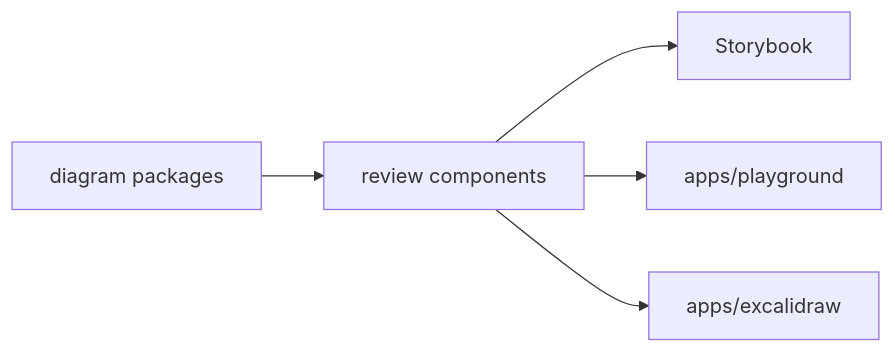
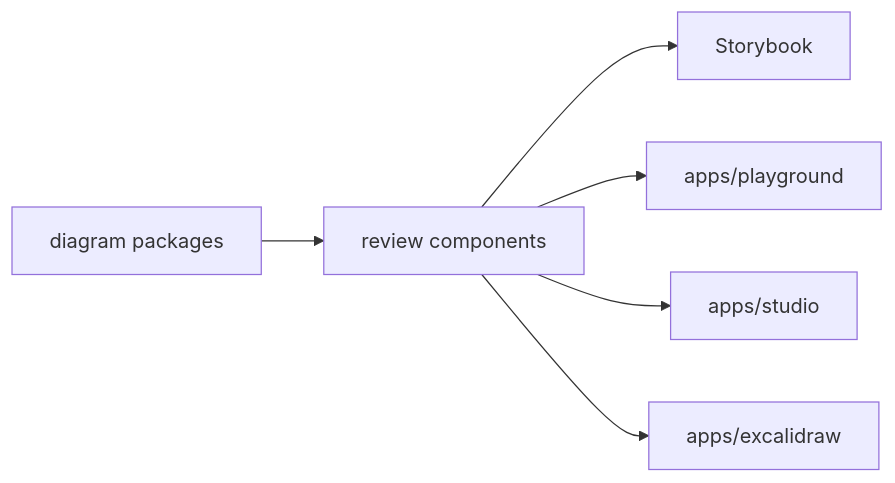
Before and after one commit to shpitdev/sketchi: the diagram in packages/diagram-studio-ui/README.md, drawn with Mermaid. The commit also changed 15 other files, not shown here.

````diff
--- a/packages/diagram-studio-ui/README.md
+++ b/packages/diagram-studio-ui/README.md
@@ -5,7 +5,8 @@
 ```mermaid
 flowchart LR
   Packages["diagram packages"] --> Components["review components"]
   Components --> Storybook["Storybook"]
   Components --> Playground["apps/playground"]
+  Components --> Studio["apps/studio"]
   Components --> Excalidraw["apps/excalidraw"]
 ```
````
